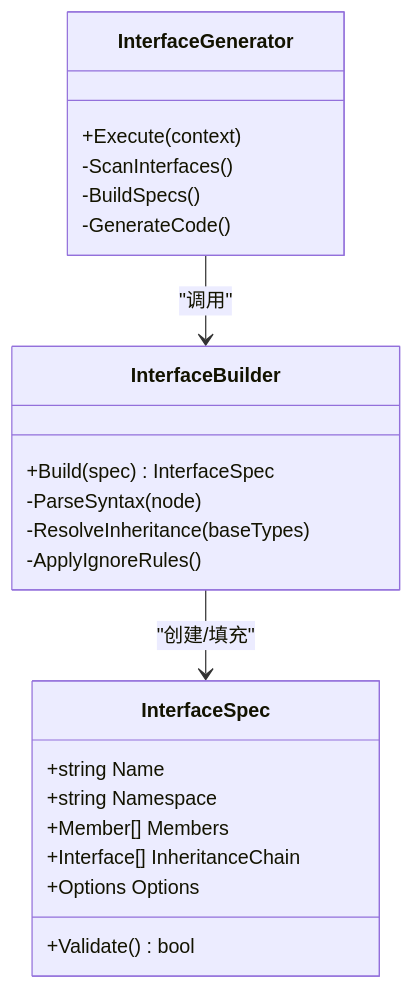
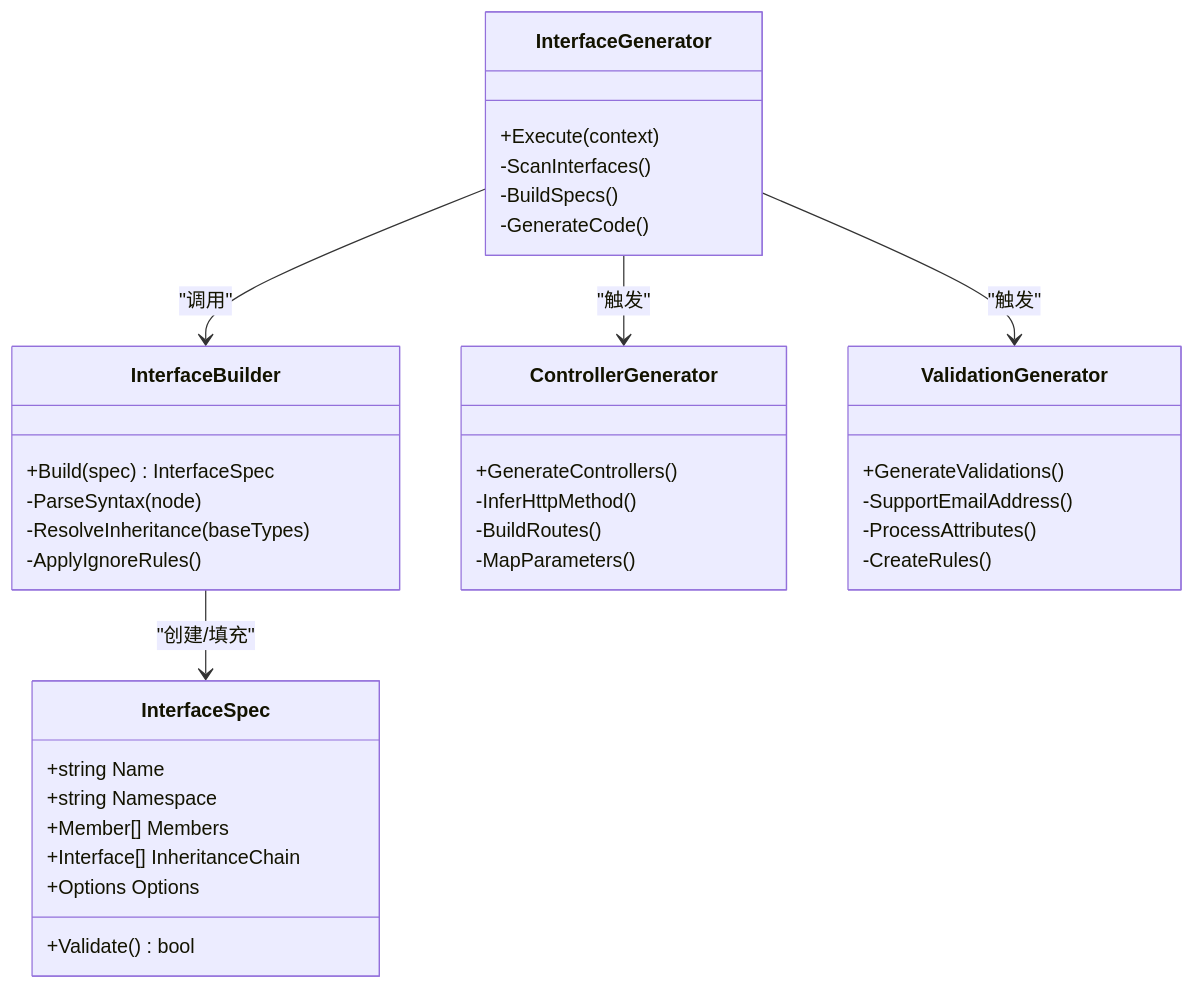
Before and after one commit to alivy/AutoCode: the third of 7 diagrams in .qoder/repowiki/zh/content/源代码生成器/源代码生成器.md, drawn with Mermaid. The commit also changed other lines of this file and 29 other files, not shown here.

````diff
--- a/.qoder/repowiki/zh/content/源代码生成器/源代码生成器.md
+++ b/.qoder/repowiki/zh/content/源代码生成器/源代码生成器.md
@@ -209,25 +263,39 @@
 ```mermaid
 classDiagram
 class InterfaceSpec {
 +string Name
 +string Namespace
 +Member[] Members
 +Interface[] InheritanceChain
 +Options Options
 +Validate() bool
 }
 class InterfaceBuilder {
 +Build(spec) InterfaceSpec
 -ParseSyntax(node)
 -ResolveInheritance(baseTypes)
 -ApplyIgnoreRules()
 }
 class InterfaceGenerator {
 +Execute(context)
 -ScanInterfaces()
 -BuildSpecs()
 -GenerateCode()
 }
+class ControllerGenerator {
++GenerateControllers()
+-InferHttpMethod()
+-BuildRoutes()
+-MapParameters()
+}
+class ValidationGenerator {
++GenerateValidations()
+-SupportEmailAddress()
+-ProcessAttributes()
+-CreateRules()
+}
 InterfaceGenerator --> InterfaceBuilder : "调用"
 InterfaceBuilder --> InterfaceSpec : "创建/填充"
+InterfaceGenerator --> ControllerGenerator : "触发"
+InterfaceGenerator --> ValidationGenerator : "触发"
 ```
````
